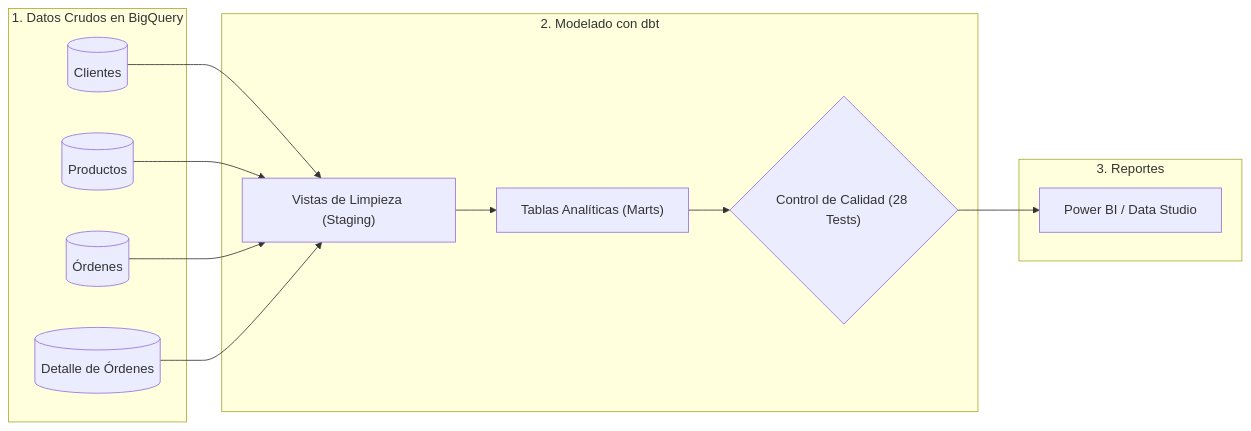
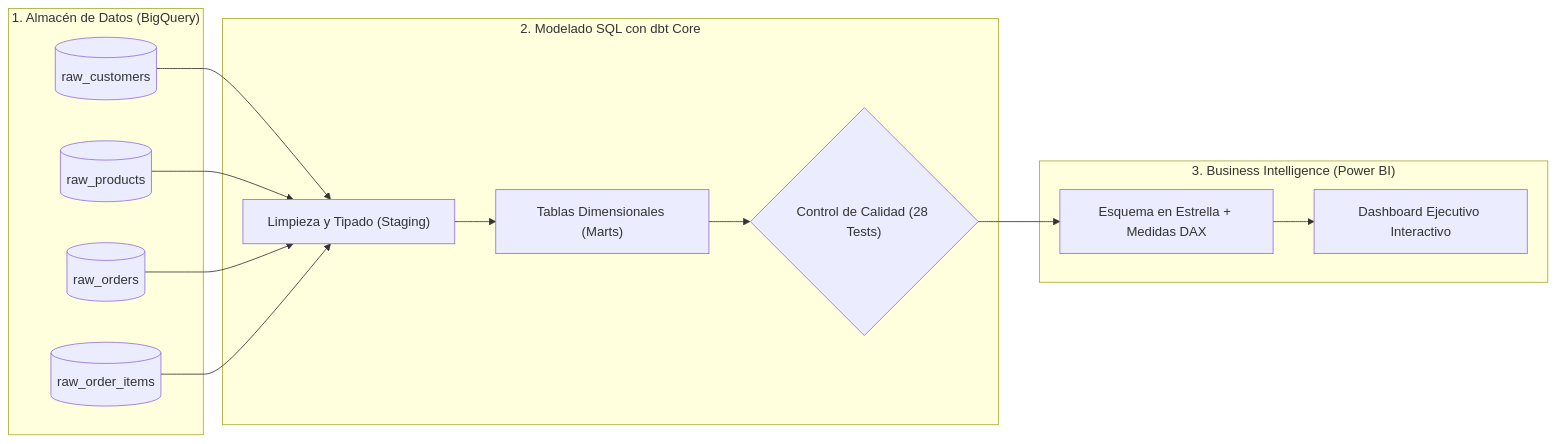
The diagram in README.md (rubenbarrios-bigdata/retail-analytics-dbt), drawn with Mermaid before and after one commit. The commit also changed other lines of this file and 49 other files, not shown here.

Commit message:
feat(bi): add Power BI PBIP project, Star Schema DAX measures, dashboard visuals and executive analysis

````diff
--- a/README.md
+++ b/README.md
@@ -55,28 +37,30 @@
 ```mermaid
 graph LR
-    subgraph S1 ["1. Datos Crudos en BigQuery"]
-        A[("Clientes")]
-        B[("Productos")]
-        C[("Órdenes")]
-        D[("Detalle de Órdenes")]
+    subgraph S1 ["1. Almacén de Datos (BigQuery)"]
+        A[("raw_customers")]
+        B[("raw_products")]
+        C[("raw_orders")]
+        D[("raw_order_items")]
     end
 
-    subgraph S2 ["2. Modelado con dbt"]
-        E["Vistas de Limpieza (Staging)"]
-        F["Tablas Analíticas (Marts)"]
+    subgraph S2 ["2. Modelado SQL con dbt Core"]
+        E["Limpieza y Tipado (Staging)"]
+        F["Tablas Dimensionales (Marts)"]
         G{"Control de Calidad (28 Tests)"}
     end
 
-    subgraph S3 ["3. Reportes"]
-        H["Power BI / Data Studio"]
+    subgraph S3 ["3. Business Intelligence (Power BI)"]
+        H["Esquema en Estrella + Medidas DAX"]
+        I["Dashboard Ejecutivo Interactivo"]
     end
 
     A --> E
     B --> E
     C --> E
     D --> E
 
     E --> F
     F --> G
     G --> H
+    H --> I
 ```
````
